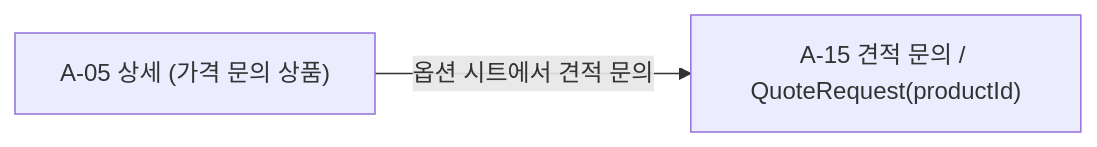
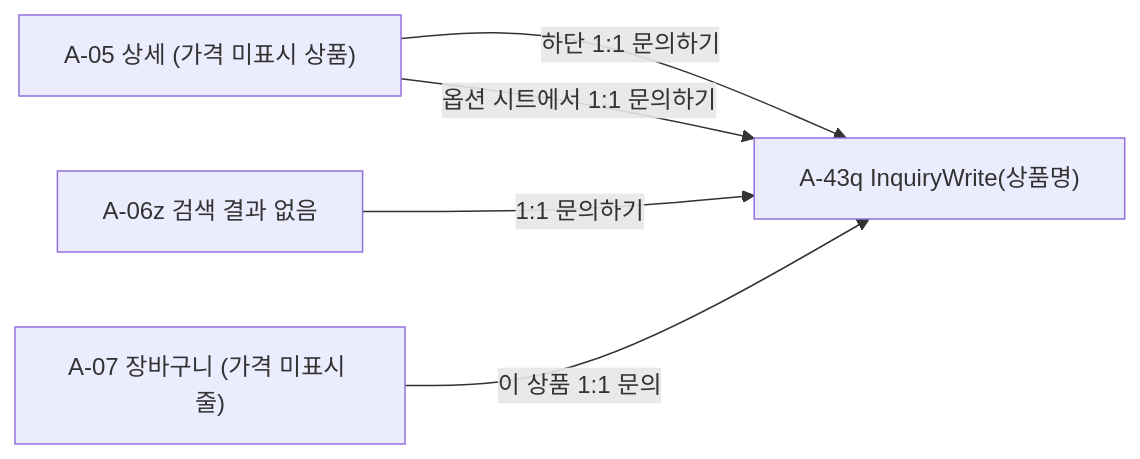
The seventh of 9 diagrams in docs/APP_FLOW.md (team-nativeLab/Eum-ShoppingMall-Android), drawn with Mermaid before and after one commit. The commit also changed other lines of this file and 226 other files, not shown here.

````diff
--- a/docs/APP_FLOW.md
+++ b/docs/APP_FLOW.md
@@ -175,4 +168,7 @@
 ```mermaid
 flowchart LR
-    A05["A-05 상세 (가격 문의 상품)"] -- 옵션 시트에서 견적 문의 --> A15["A-15 견적 문의 / QuoteRequest(productId)"]
+    A05["A-05 상세 (가격 미표시 상품)"] -- 하단 1:1 문의하기 --> IW["A-43q InquiryWrite(상품명)"]
+    A05 -- 옵션 시트에서 1:1 문의하기 --> IW
+    A06z["A-06z 검색 결과 없음"] -- 1:1 문의하기 --> IW
+    A07["A-07 장바구니 (가격 미표시 줄)"] -- 이 상품 1:1 문의 --> IW
 ```
````
